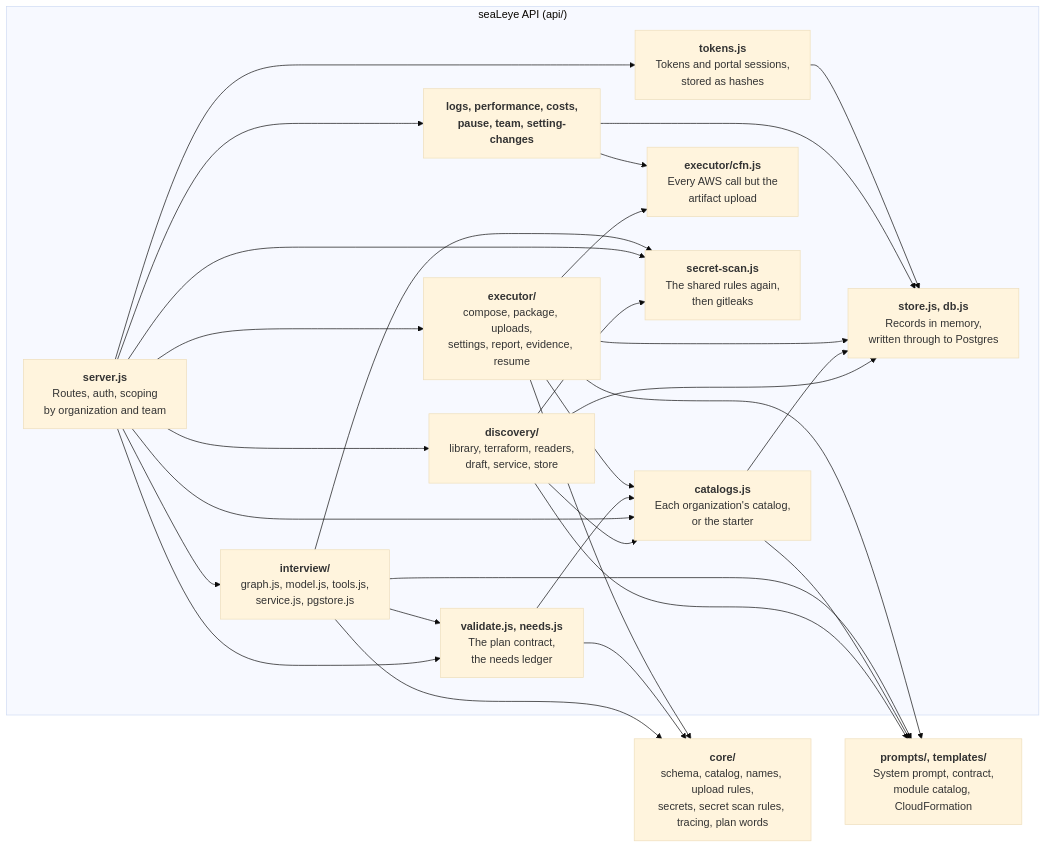
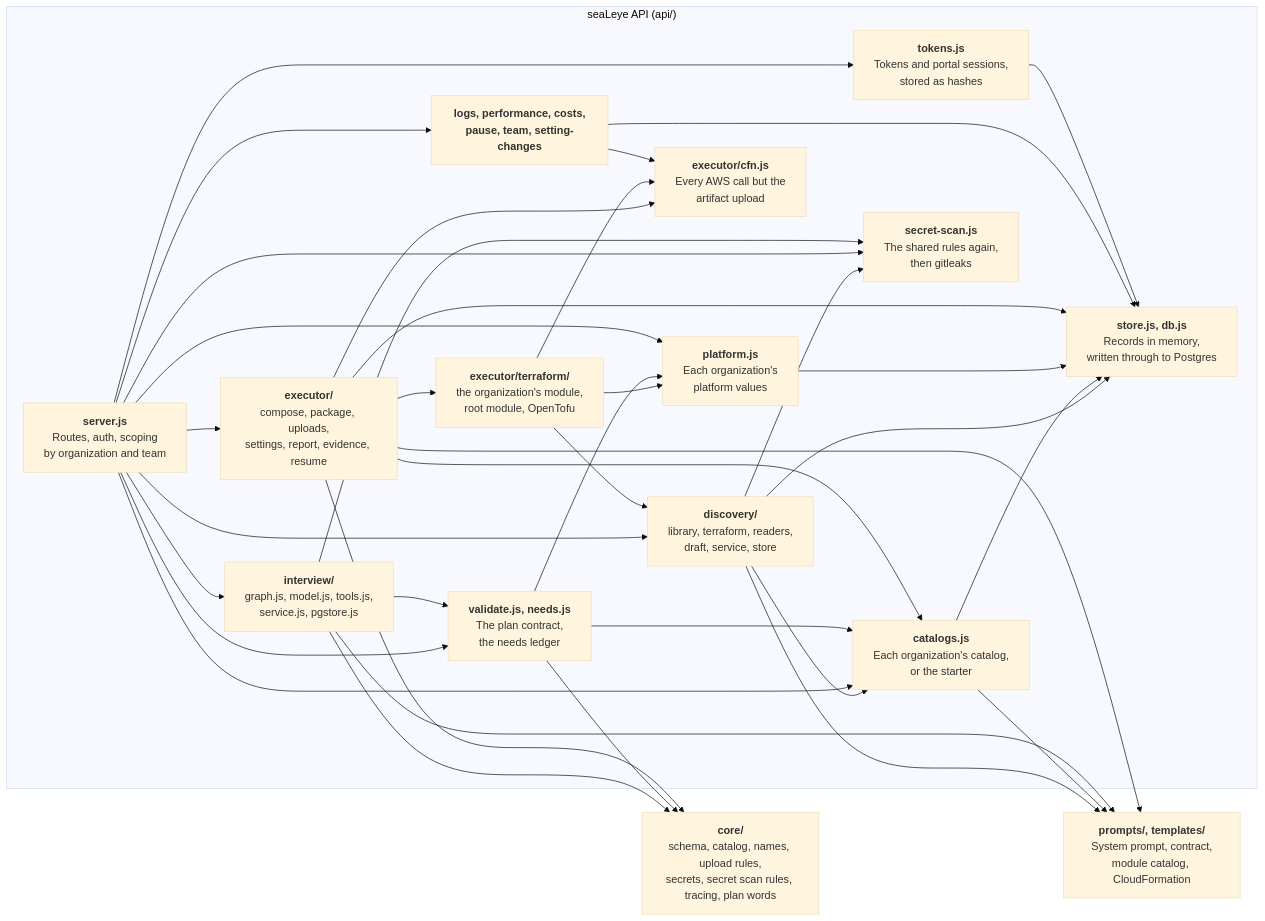
The third of 13 diagrams in docs/ARCHITECTURE.md (GregKliewer/sealeye), drawn with Mermaid (base theme) before and after one commit. The commit also changed other lines of this file and 5 other files, not shown here.

First line of the commit message:
Write the Terraform executor down: CLAUDE.md, the plan, the roadmap, architecture and the operator's steps

````diff
--- a/docs/ARCHITECTURE.md
+++ b/docs/ARCHITECTURE.md
@@ -164,48 +164,57 @@
 ```mermaid
 flowchart LR
   subgraph api["seaLeye API (api/)"]
     server["<b>server.js</b><br/>Routes, auth, scoping<br/>by organization and team"]
     tokens["<b>tokens.js</b><br/>Tokens and portal sessions,<br/>stored as hashes"]
     interview["<b>interview/</b><br/>graph.js, model.js, tools.js,<br/>service.js, pgstore.js"]
     discovery["<b>discovery/</b><br/>library, terraform, readers,<br/>draft, service, store"]
     validate["<b>validate.js, needs.js</b><br/>The plan contract,<br/>the needs ledger"]
     catalogs["<b>catalogs.js</b><br/>Each organization's catalog,<br/>or the starter"]
     executor["<b>executor/</b><br/>compose, package, uploads,<br/>settings, report, evidence, resume"]
+    terraform["<b>executor/terraform/</b><br/>the organization's module,<br/>root module, OpenTofu"]
+    platform["<b>platform.js</b><br/>Each organization's<br/>platform values"]
     cfn["<b>executor/cfn.js</b><br/>Every AWS call but the<br/>artifact upload"]
     dayTwo["<b>logs, performance, costs,<br/>pause, team, setting-changes</b>"]
     store["<b>store.js, db.js</b><br/>Records in memory,<br/>written through to Postgres"]
     scan["<b>secret-scan.js</b><br/>The shared rules again,<br/>then gitleaks"]
   end
 
   core["<b>core/</b><br/>schema, catalog, names, upload rules,<br/>secrets, secret scan rules, tracing, plan words"]
   prompts["<b>prompts/, templates/</b><br/>System prompt, contract,<br/>module catalog, CloudFormation"]
 
   server --> tokens
   server --> interview
   server --> discovery
   discovery --> scan
   discovery --> catalogs
   discovery --> store
   discovery --> prompts
   server --> validate
   server --> catalogs
   validate --> catalogs
   executor --> catalogs
   catalogs --> store
   catalogs --> prompts
   server --> executor
   server --> dayTwo
   server --> scan
   interview --> scan
   interview --> validate
   executor --> cfn
+  executor --> terraform
+  terraform --> cfn
+  terraform --> discovery
+  terraform --> platform
+  validate --> platform
+  server --> platform
+  platform --> store
   dayTwo --> cfn
   executor --> store
   dayTwo --> store
   tokens --> store
   interview --> core
   validate --> core
   executor --> core
   interview --> prompts
   executor --> prompts
 ```
````
